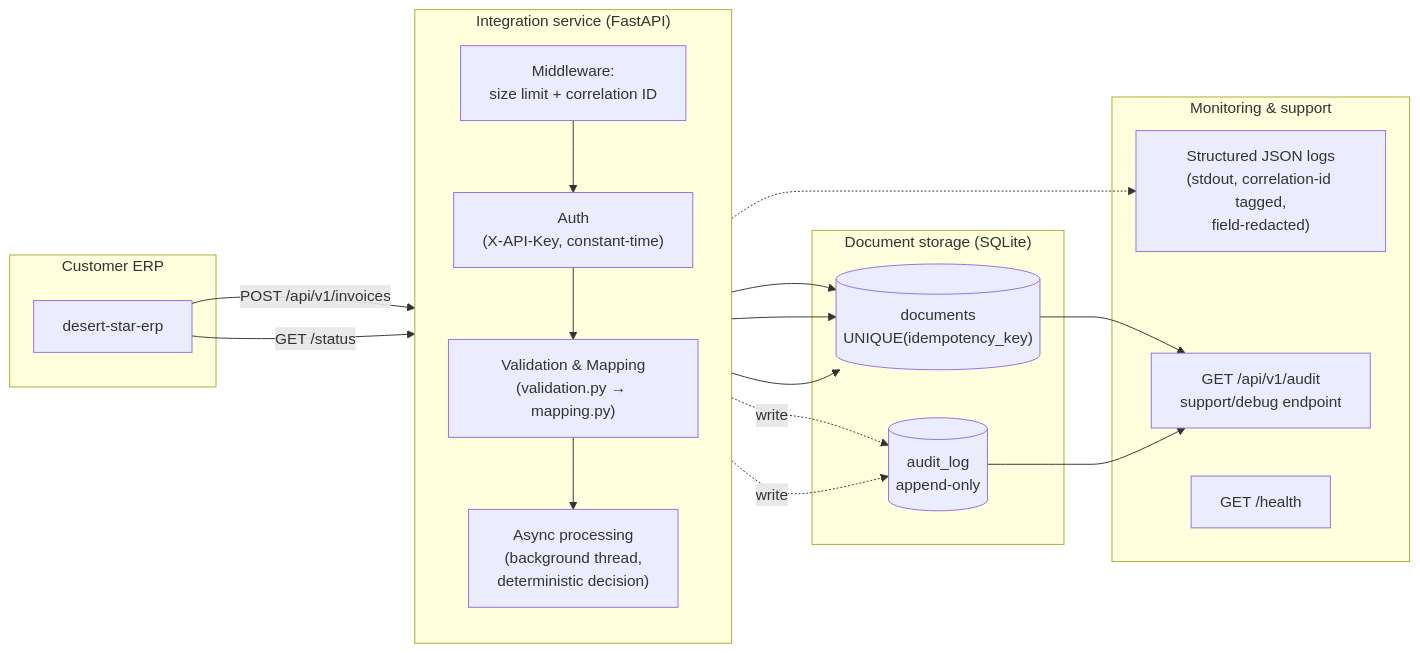
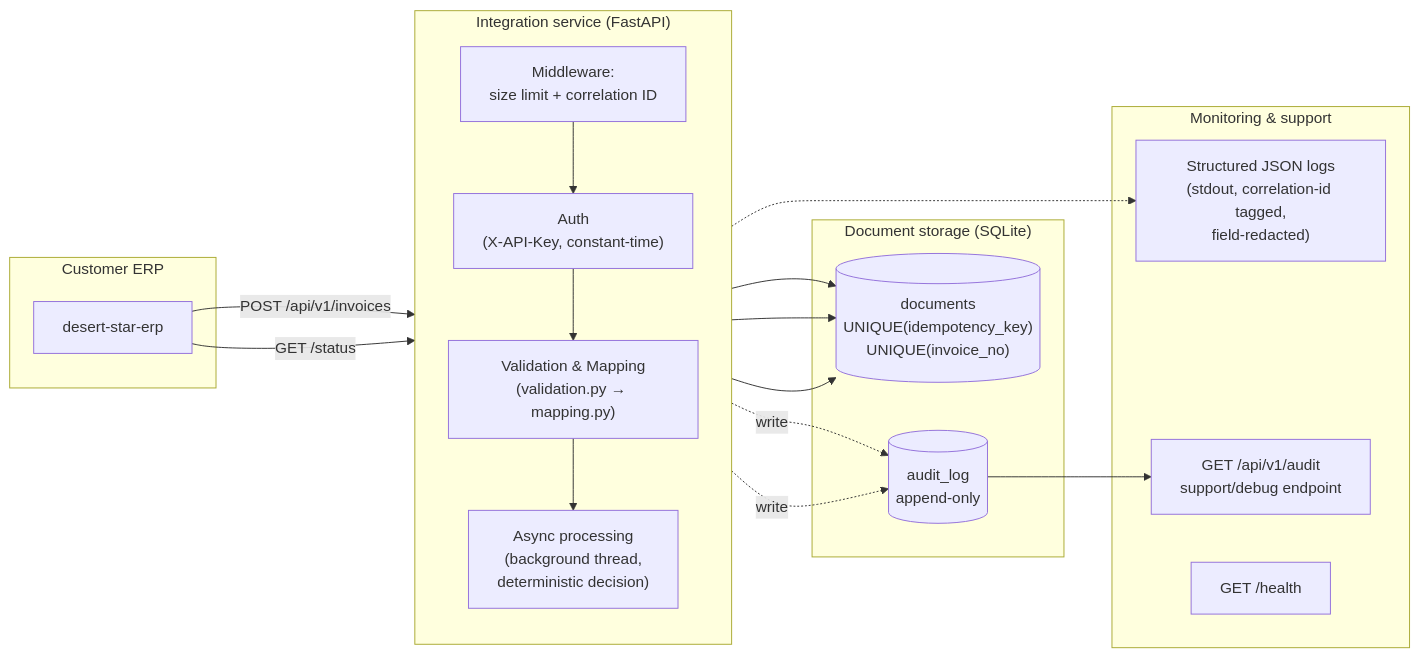
The second of 2 diagrams in docs/system-flow.md (Raghul-18/complyance-integration), drawn with Mermaid before and after one commit. The commit also changed other lines of this file and 4 other files, not shown here.

````diff
--- a/docs/system-flow.md
+++ b/docs/system-flow.md
@@ -36,38 +38,37 @@
 ```mermaid
 flowchart LR
     subgraph Customer["Customer ERP"]
         ERP[desert-star-erp]
     end
 
     subgraph Service["Integration service (FastAPI)"]
         direction TB
         MW["Middleware:<br/>size limit + correlation ID"]
         Auth["Auth<br/>(X-API-Key, constant-time)"]
         VM["Validation & Mapping<br/>(validation.py → mapping.py)"]
         BG["Async processing<br/>(background thread,<br/>deterministic decision)"]
         MW --> Auth --> VM
         VM --> BG
     end
 
     subgraph Storage["Document storage (SQLite)"]
-        Docs[("documents<br/>UNIQUE(idempotency_key)")]
+        Docs[("documents<br/>UNIQUE(idempotency_key)<br/>UNIQUE(invoice_no)")]
         Audit[("audit_log<br/>append-only")]
     end
 
     subgraph Ops["Monitoring & support"]
         Logs["Structured JSON logs<br/>(stdout, correlation-id tagged,<br/>field-redacted)"]
         AuditAPI["GET /api/v1/audit<br/>support/debug endpoint"]
         Health["GET /health"]
     end
 
     ERP -->|"POST /api/v1/invoices"| MW
     VM --> Docs
     BG --> Docs
     VM -.write.-> Audit
     BG -.write.-> Audit
     ERP -->|"GET /status"| Auth
     Auth --> Docs
-    Docs --> AuditAPI
     Audit --> AuditAPI
     Service -.-> Logs
 ```
````
